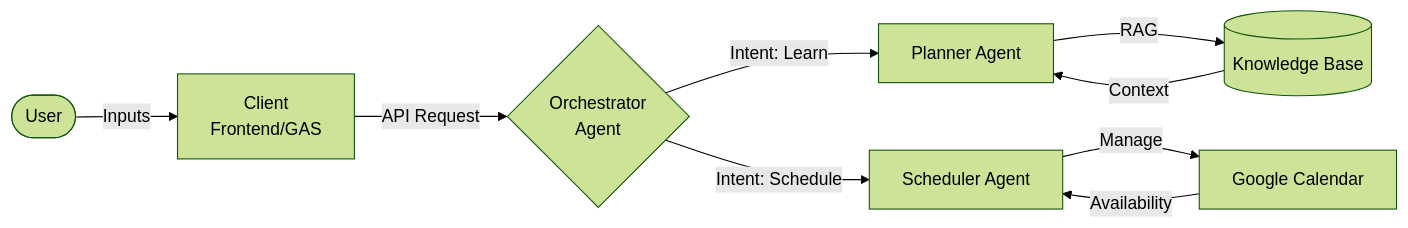
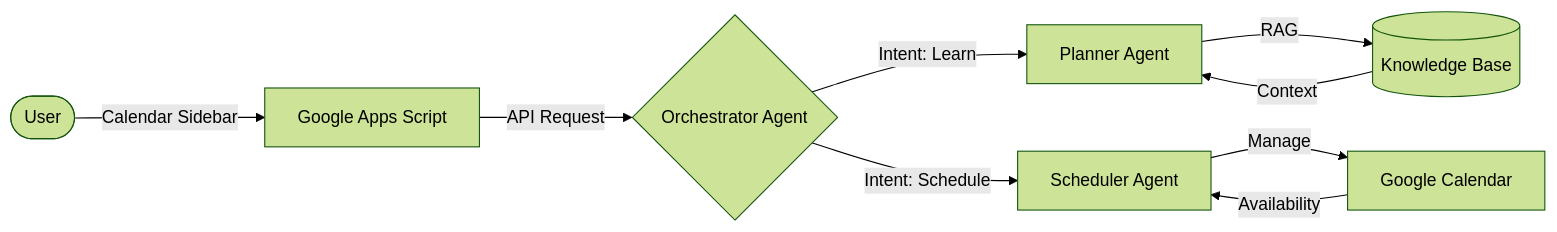
One commit to noahnghg/Aegis changed the diagram in README.md. Above: the diagram before and after it, drawn with Mermaid (forest theme). The commit also changed other lines of this file and 43 other files, not shown here.

First line of the commit message:
refactor: remove Next.js client, make Aegis a standalone Google Calendar add-on

````diff
--- a/README.md
+++ b/README.md
@@ -15,14 +16,14 @@
 ```mermaid
 graph LR
-    User([User]) -->|Inputs| Client[Client<br>Frontend/GAS]
-    Client -->|API Request| Orchestrator{Orchestrator<br>Agent}
+    User([User]) -->|Calendar Sidebar| GAS[Google Apps Script]
+    GAS -->|API Request| Orchestrator{Orchestrator Agent}
     
     Orchestrator -->|Intent: Learn| Planner[Planner Agent]
     Orchestrator -->|Intent: Schedule| Scheduler[Scheduler Agent]
     
     Planner -->|RAG| KB[(Knowledge Base)]
     Scheduler -->|Manage| GCal[Google Calendar]
     
     KB -->|Context| Planner
     GCal -->|Availability| Scheduler
 ```
````
